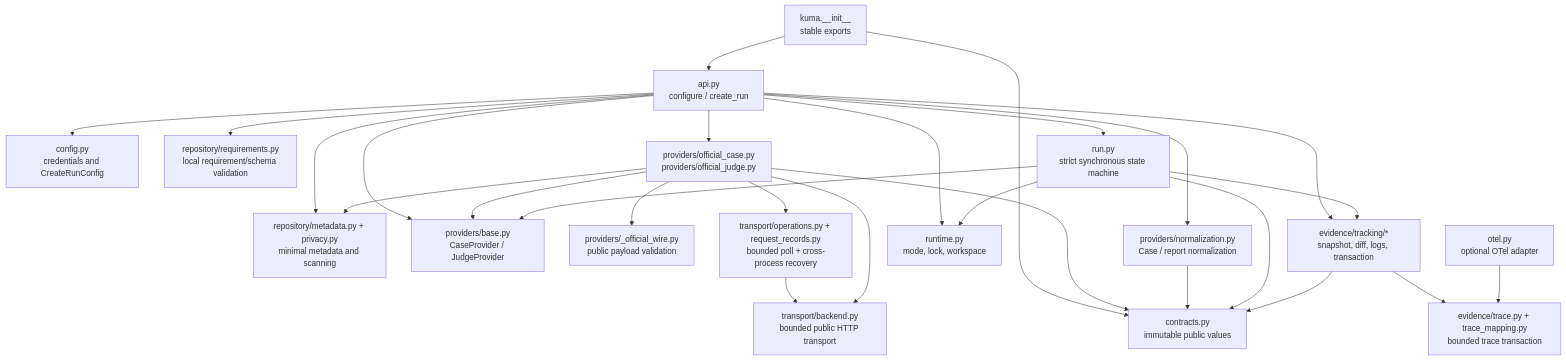
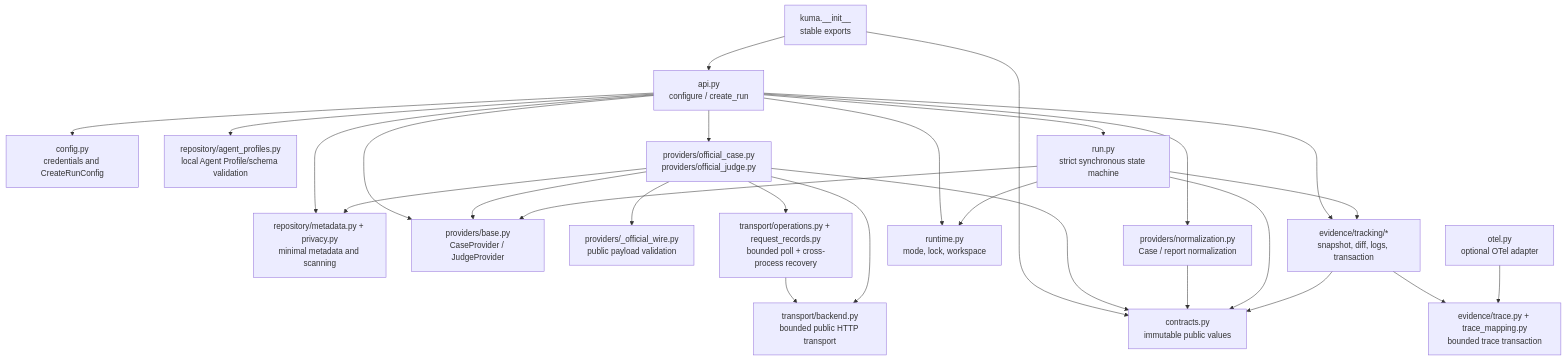
Before and after one commit to DDai22/KUMA-DefuzeX: the second of 5 diagrams in docs/architecture.md, drawn with Mermaid. The commit also changed other lines of this file and 36 other files, not shown here.

First line of the commit message:
feat(sdk): rename requirement to agent profile (#49)

````diff
--- a/docs/architecture.md
+++ b/docs/architecture.md
@@ -33,47 +33,47 @@
 ```mermaid
 flowchart TD
     Init["kuma.__init__<br/>stable exports"]
     API["api.py<br/>configure / create_run"]
     Config["config.py<br/>credentials and CreateRunConfig"]
-    Req["repository/requirements.py<br/>local requirement/schema validation"]
+    Profile["repository/agent_profiles.py<br/>local Agent Profile/schema validation"]
     Repo["repository/metadata.py + privacy.py<br/>minimal metadata and scanning"]
     ProviderPort["providers/base.py<br/>CaseProvider / JudgeProvider"]
     Official["providers/official_case.py<br/>providers/official_judge.py"]
     Wire["providers/_official_wire.py<br/>public payload validation"]
     Transport["transport/backend.py<br/>bounded public HTTP transport"]
     Normalize["providers/normalization.py<br/>Case / report normalization"]
     Run["run.py<br/>strict synchronous state machine"]
     Operations["transport/operations.py + request_records.py<br/>bounded poll + cross-process recovery"]
     Contracts["contracts.py<br/>immutable public values"]
     Runtime["runtime.py<br/>mode, lock, workspace"]
     Evidence["evidence/tracking/*<br/>snapshot, diff, logs, transaction"]
     Trace["evidence/trace.py + trace_mapping.py<br/>bounded trace transaction"]
     OTel["otel.py<br/>optional OTel adapter"]
 
     Init --> API
     Init --> Contracts
     API --> Config
-    API --> Req
+    API --> Profile
     API --> Repo
     API --> ProviderPort
     API --> Official
     API --> Normalize
     API --> Runtime
     API --> Evidence
     API --> Run
     Official --> Operations
     Operations --> Transport
     Official --> Transport
     Official --> Wire
     Official --> ProviderPort
     Official --> Repo
     Official --> Contracts
     Normalize --> Contracts
     Run --> ProviderPort
     Run --> Contracts
     Run --> Runtime
     Run --> Evidence
     Evidence --> Contracts
     Evidence --> Trace
     OTel --> Trace
 ```
````
